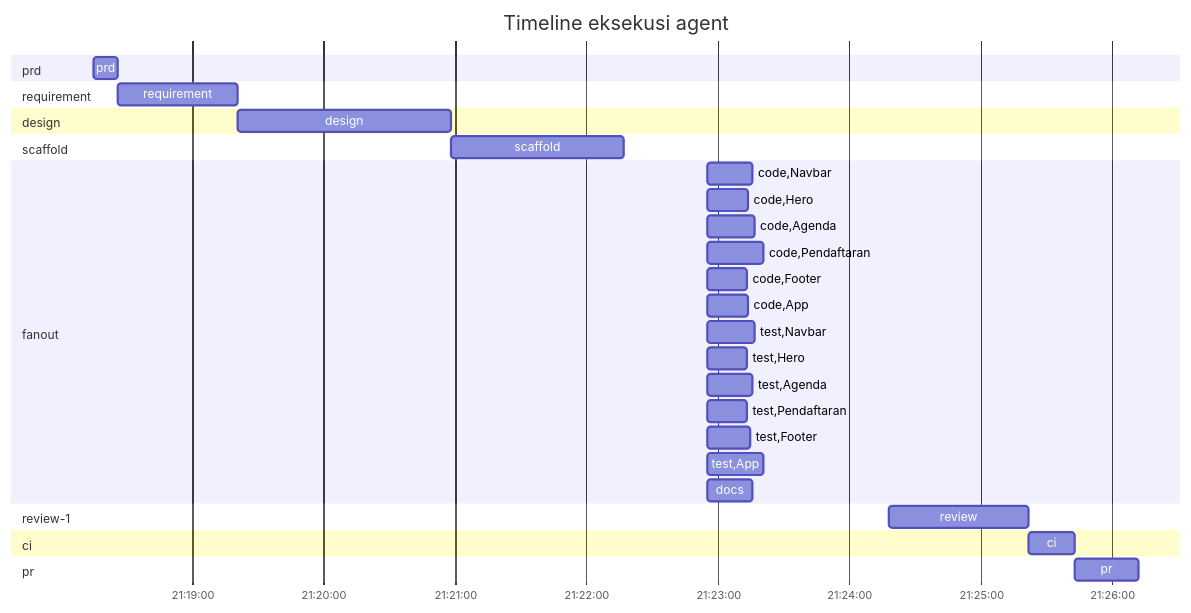
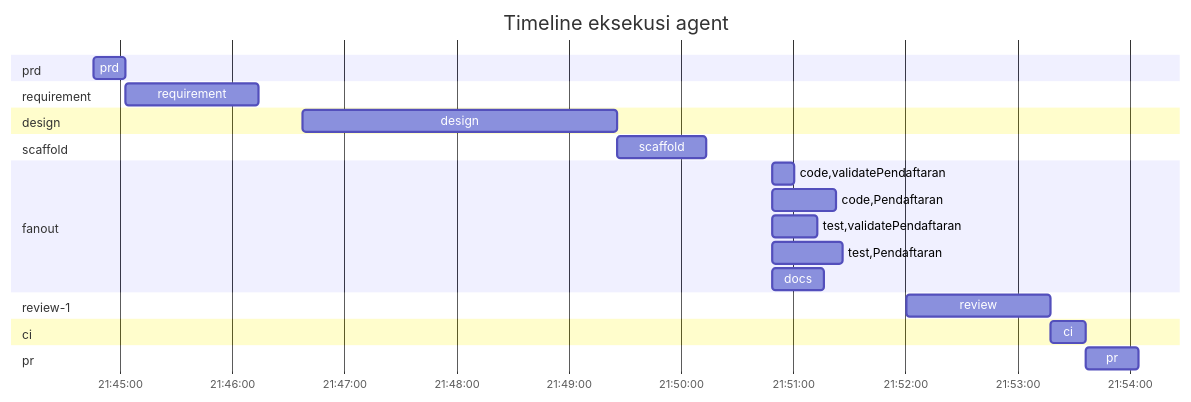
One commit to ramabhagadhara/landing-workshop-paralel changed the third of 3 diagrams in docs/agent-communication.md. Above: the diagram before and after it, drawn with Mermaid. The commit also changed other lines of this file and 1 other file, not shown here.

````diff
--- a/docs/agent-communication.md
+++ b/docs/agent-communication.md
@@ -156,34 +115,26 @@
 ```mermaid
 gantt
     title Timeline eksekusi agent
     dateFormat HH:mm:ss
     axisFormat %H:%M:%S
     section prd
-    prd :21:18:15, 21:18:26
+    prd :21:44:46, 21:45:03
     section requirement
-    requirement :21:18:26, 21:19:21
+    requirement :21:45:03, 21:46:14
     section design
-    design :21:19:21, 21:20:58
+    design :21:46:38, 21:49:26
     section scaffold
-    scaffold :21:20:58, 21:22:17
+    scaffold :21:49:26, 21:50:14
     section fanout
-    code,Navbar :21:22:55, 21:23:16
-    code,Hero :21:22:55, 21:23:14
-    code,Agenda :21:22:55, 21:23:17
-    code,Pendaftaran :21:22:55, 21:23:21
-    code,Footer :21:22:55, 21:23:13
-    code,App :21:22:55, 21:23:14
-    test,Navbar :21:22:55, 21:23:17
-    test,Hero :21:22:55, 21:23:13
-    test,Agenda :21:22:55, 21:23:16
-    test,Pendaftaran :21:22:55, 21:23:13
-    test,Footer :21:22:55, 21:23:15
-    test,App :21:22:55, 21:23:21
-    docs :21:22:55, 21:23:16
+    code,validatePendaftaran :21:50:49, 21:51:01
+    code,Pendaftaran :21:50:49, 21:51:23
+    test,validatePendaftaran :21:50:49, 21:51:13
+    test,Pendaftaran :21:50:49, 21:51:27
+    docs :21:50:49, 21:51:17
     section review-1
-    review :21:24:18, 21:25:22
+    review :21:52:01, 21:53:18
     section ci
-    ci :21:25:22, 21:25:43
+    ci :21:53:18, 21:53:37
     section pr
-    pr :21:25:43, 21:26:12
+    pr :21:53:37, 21:54:05
 ```
````
